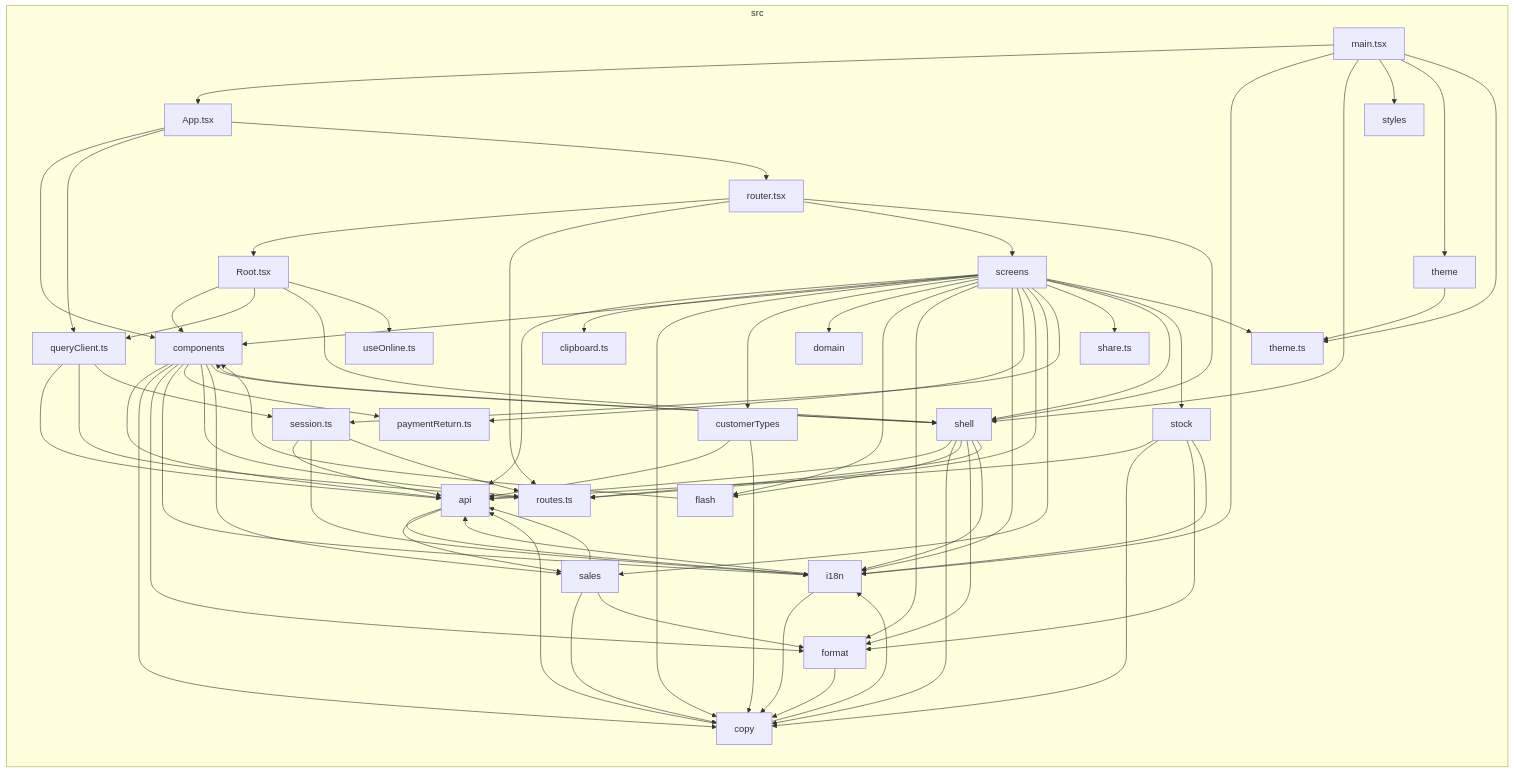
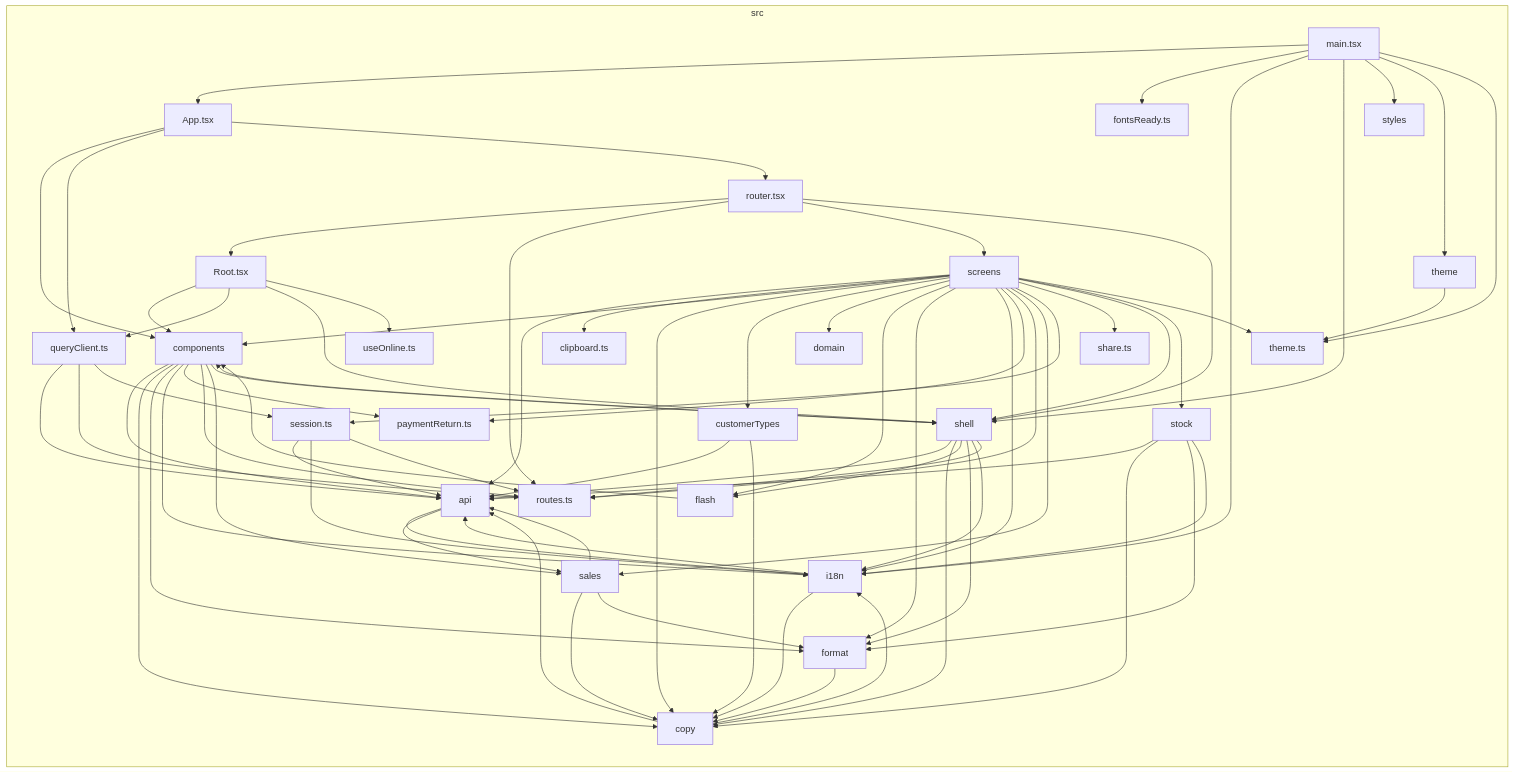
One commit to GonzaloZevallos/apostrophe changed the diagram in docs/architecture/generated/front-modules/overview.md. Above: the diagram before and after it, drawn with Mermaid. The commit also changed 1 other file, not shown here.

Commit message:
Regenerate the front-modules docs for the new fontsReady module

```diff
--- a/docs/architecture/generated/front-modules/overview.md
+++ b/docs/architecture/generated/front-modules/overview.md
@@ -16,6 +16,7 @@
   src_customerTypes["customerTypes"]
   src_domain["domain"]
   src_flash["flash"]
+  src_fontsReady_ts["fontsReady.ts"]
   src_format["format"]
   src_i18n["i18n"]
   src_main_tsx["main.tsx"]
@@ -60,6 +61,7 @@
 src_i18n-->src_api
 src_i18n-->src_copy
 src_main_tsx-->src_App_tsx
+src_main_tsx-->src_fontsReady_ts
 src_main_tsx-->src_i18n
 src_main_tsx-->src_shell
 src_main_tsx-->src_styles
```
